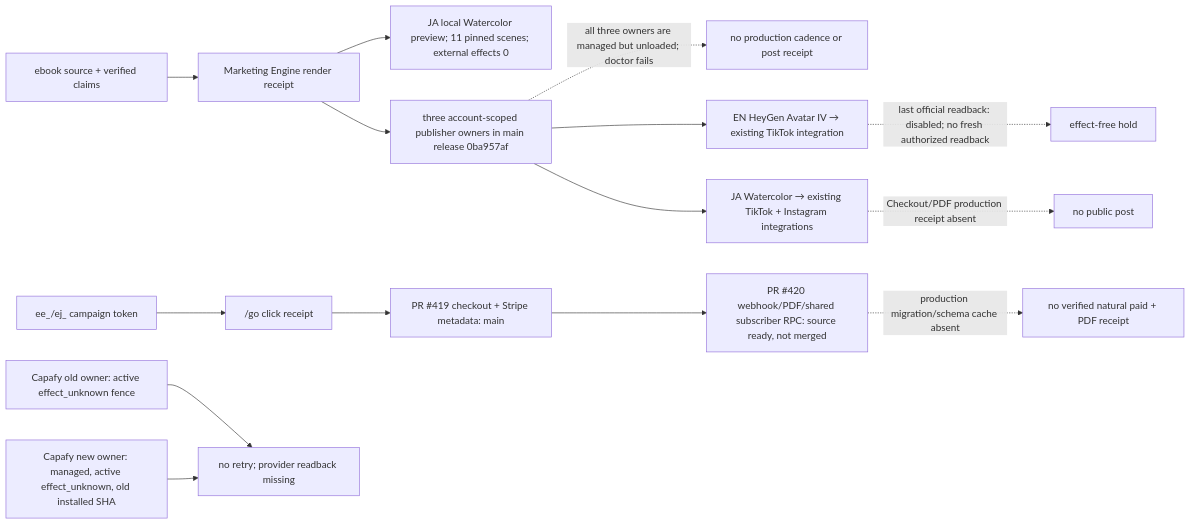
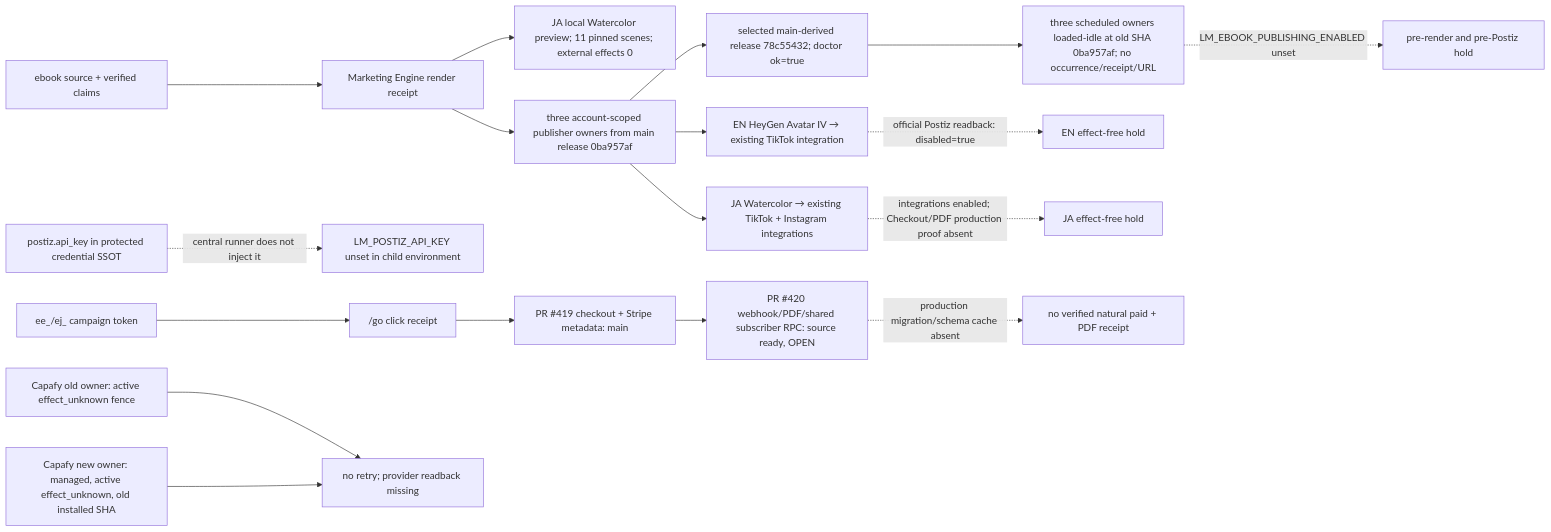
Before and after one commit to Daisuke134/life-manager: the first of 3 diagrams in docs/superpowers/specs/2026-10-05-ebook-revenue-loop-design.md, drawn with Mermaid. The commit also changed other lines of this file and 2 other files, not shown here.

Commit message:
docs(marketing): refresh ebook publication gates

```diff
--- a/docs/superpowers/specs/2026-10-05-ebook-revenue-loop-design.md
+++ b/docs/superpowers/specs/2026-10-05-ebook-revenue-loop-design.md
@@ -75,17 +85,20 @@
 ~~~mermaid
 flowchart LR
   CONTENT["ebook source + verified claims"] --> ENGINE["Marketing Engine render receipt"]
   ENGINE --> PREVIEW["JA local Watercolor preview; 11 pinned scenes; external effects 0"]
-  ENGINE --> SOURCE["three account-scoped publisher owners in main release 0ba957af"]
-  SOURCE -. "all three owners are managed but unloaded; doctor fails" .-> NORUNTIME["no production cadence or post receipt"]
+  ENGINE --> SOURCE["three account-scoped publisher owners from main release 0ba957af"]
+  SOURCE --> RELEASE["selected main-derived release 78c55432; doctor ok=true"]
+  RELEASE --> OWNER["three scheduled owners loaded-idle at old SHA 0ba957af; no occurrence/receipt/URL"]
+  OWNER -. "LM_EBOOK_PUBLISHING_ENABLED unset" .-> NORUNTIME["pre-render and pre-Postiz hold"]
+  KEY["postiz.api_key in protected credential SSOT"] -. "central runner does not inject it" .-> ENV["LM_POSTIZ_API_KEY unset in child environment"]
   SOURCE --> EN["EN HeyGen Avatar IV → existing TikTok integration"]
   SOURCE --> JA["JA Watercolor → existing TikTok + Instagram integrations"]
-  EN -. "last official readback: disabled; no fresh authorized readback" .-> ENHOLD["effect-free hold"]
-  JA -. "Checkout/PDF production receipt absent" .-> JAHOLD["no public post"]
+  EN -. "official Postiz readback: disabled=true" .-> ENHOLD["EN effect-free hold"]
+  JA -. "integrations enabled; Checkout/PDF production proof absent" .-> JAHOLD["JA effect-free hold"]
   TOKEN["ee_/ej_ campaign token"] --> GO["/go click receipt"]
   GO --> CHECKOUT["PR #419 checkout + Stripe metadata: main"]
-  CHECKOUT --> WH["PR #420 webhook/PDF/shared subscriber RPC: source ready, not merged"]
+  CHECKOUT --> WH["PR #420 webhook/PDF/shared subscriber RPC: source ready, OPEN"]
   WH -. "production migration/schema cache absent" .-> NOORDER["no verified natural paid + PDF receipt"]
   OLD["Capafy old owner: active effect_unknown fence"] --> HOLD["no retry; provider readback missing"]
   NEW["Capafy new owner: managed, active effect_unknown, old installed SHA"] --> HOLD
 ~~~
```
